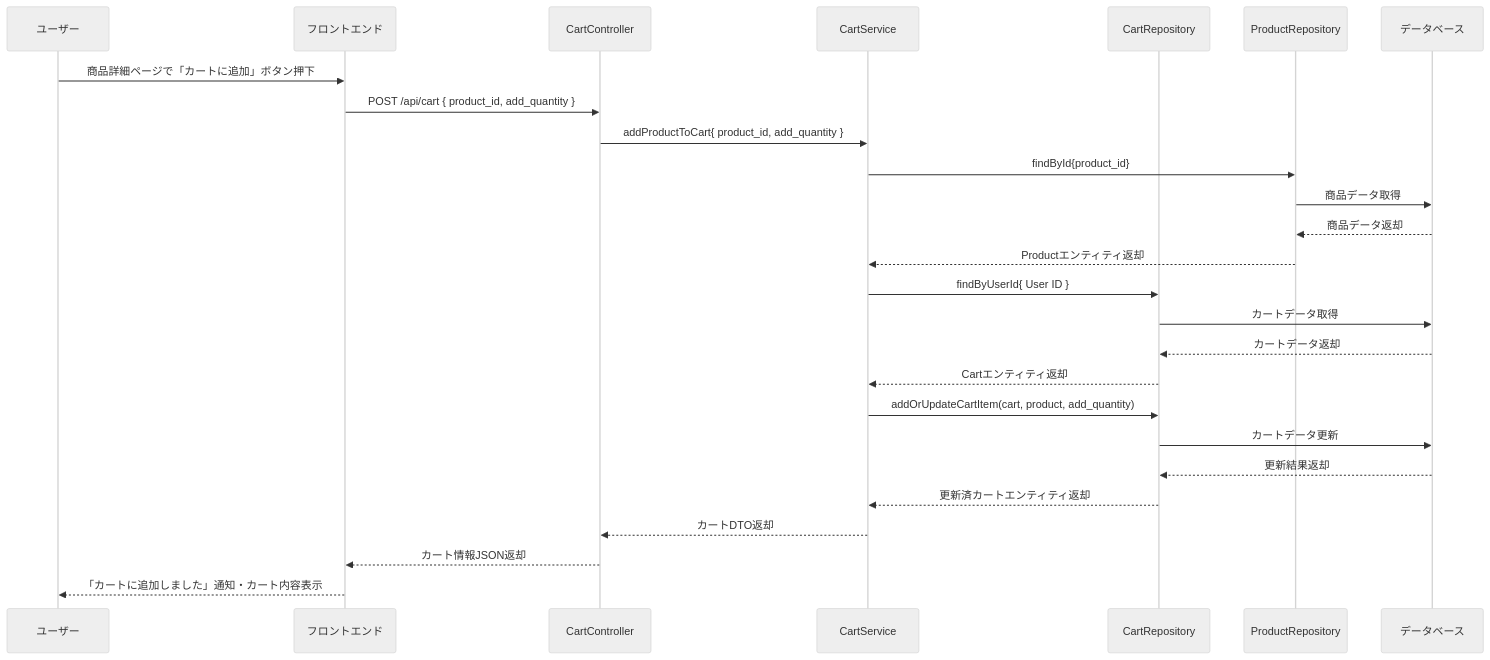
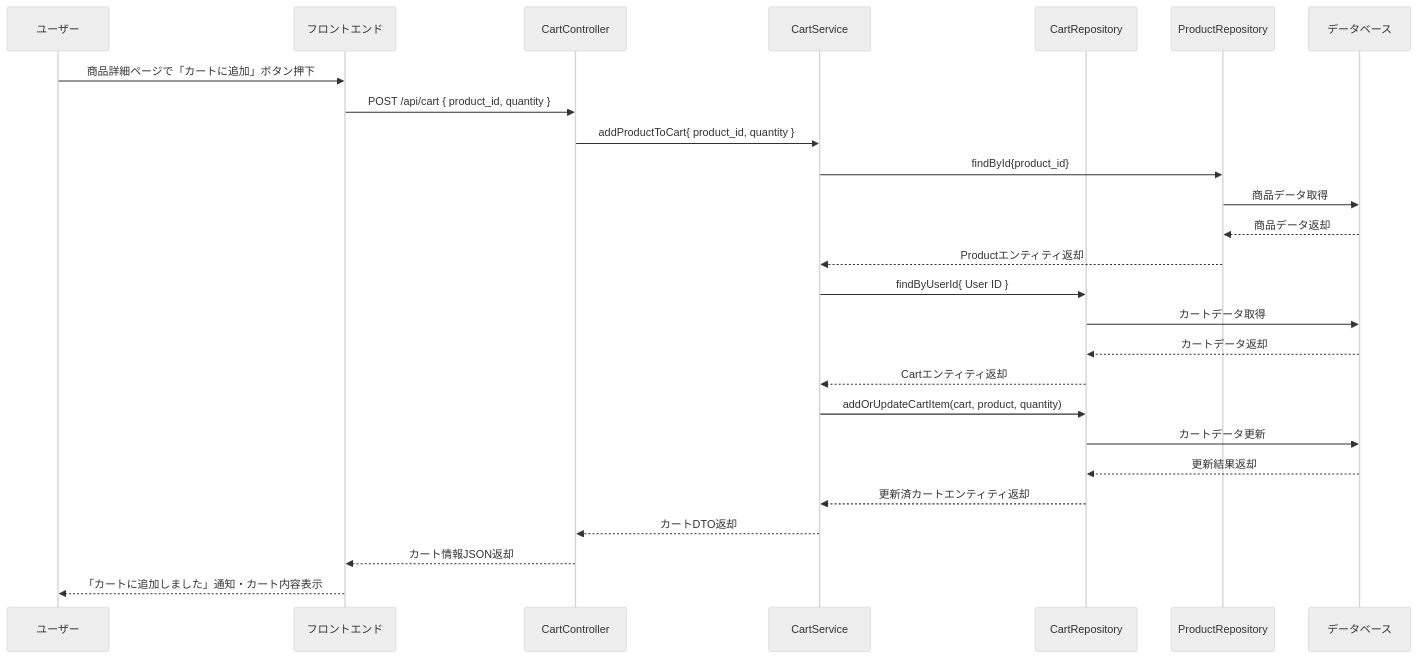
One commit to Aoi-Yaegashi/teamF changed the fifth of 36 diagrams in 詳細設計/提出用/詳細設計書.md. Above: the diagram before and after it, drawn with Mermaid (neutral theme). The commit also changed other lines of this file and 1 other file, not shown here.

```diff
--- a/詳細設計/提出用/詳細設計書.md
+++ b/詳細設計/提出用/詳細設計書.md
@@ -497,29 +497,29 @@
    <div class="mermaid">
    sequenceDiagram
     participant User as ユーザー
     participant Browser as フロントエンド
     participant CartController as CartController
     participant CartService as CartService
     participant CartRepo as CartRepository
     participant ProductRepo as ProductRepository
     participant DB as データベース
 
     User->>Browser: 商品詳細ページで「カートに追加」ボタン押下
-    Browser->>CartController: POST /api/cart { product_id, add_quantity }
-    CartController->>CartService: addProductToCart{ product_id, add_quantity }
+    Browser->>CartController: POST /api/cart { product_id, quantity }
+    CartController->>CartService: addProductToCart{ product_id, quantity }
     CartService->>ProductRepo: findById{product_id}
     ProductRepo->>DB: 商品データ取得
     DB-->>ProductRepo: 商品データ返却
     ProductRepo-->>CartService: Productエンティティ返却
     CartService->>CartRepo: findByUserId{ User ID }
     CartRepo->>DB: カートデータ取得
     DB-->>CartRepo: カートデータ返却
     CartRepo-->>CartService: Cartエンティティ返却
-    CartService->>CartRepo: addOrUpdateCartItem(cart, product, add_quantity)
+    CartService->>CartRepo: addOrUpdateCartItem(cart, product, quantity)
     CartRepo->>DB: カートデータ更新
     DB-->>CartRepo: 更新結果返却
     CartRepo-->>CartService: 更新済カートエンティティ返却
     CartService-->>CartController: カートDTO返却
     CartController-->>Browser: カート情報JSON返却
     Browser-->>User: 「カートに追加しました」通知・カート内容表示
 </div>
```
